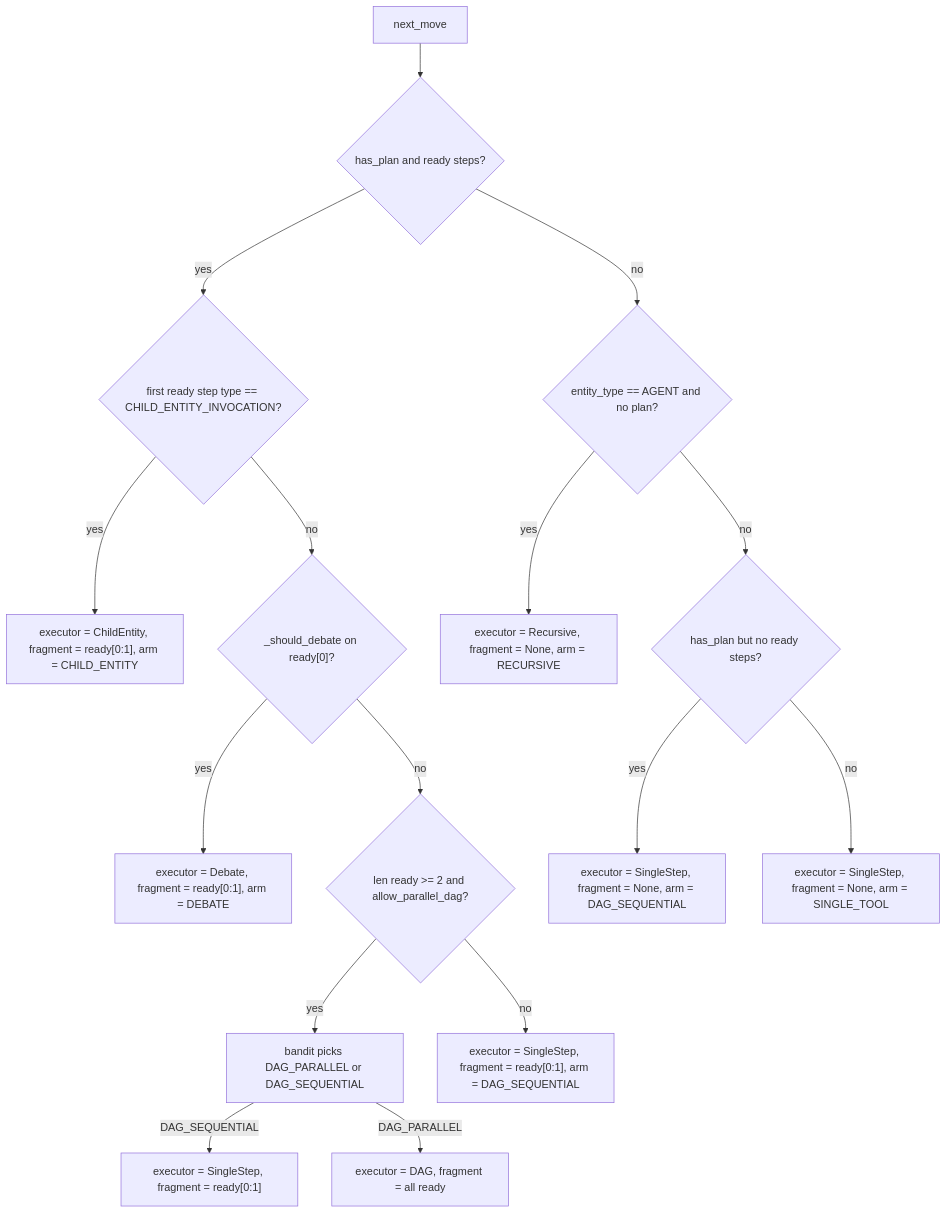
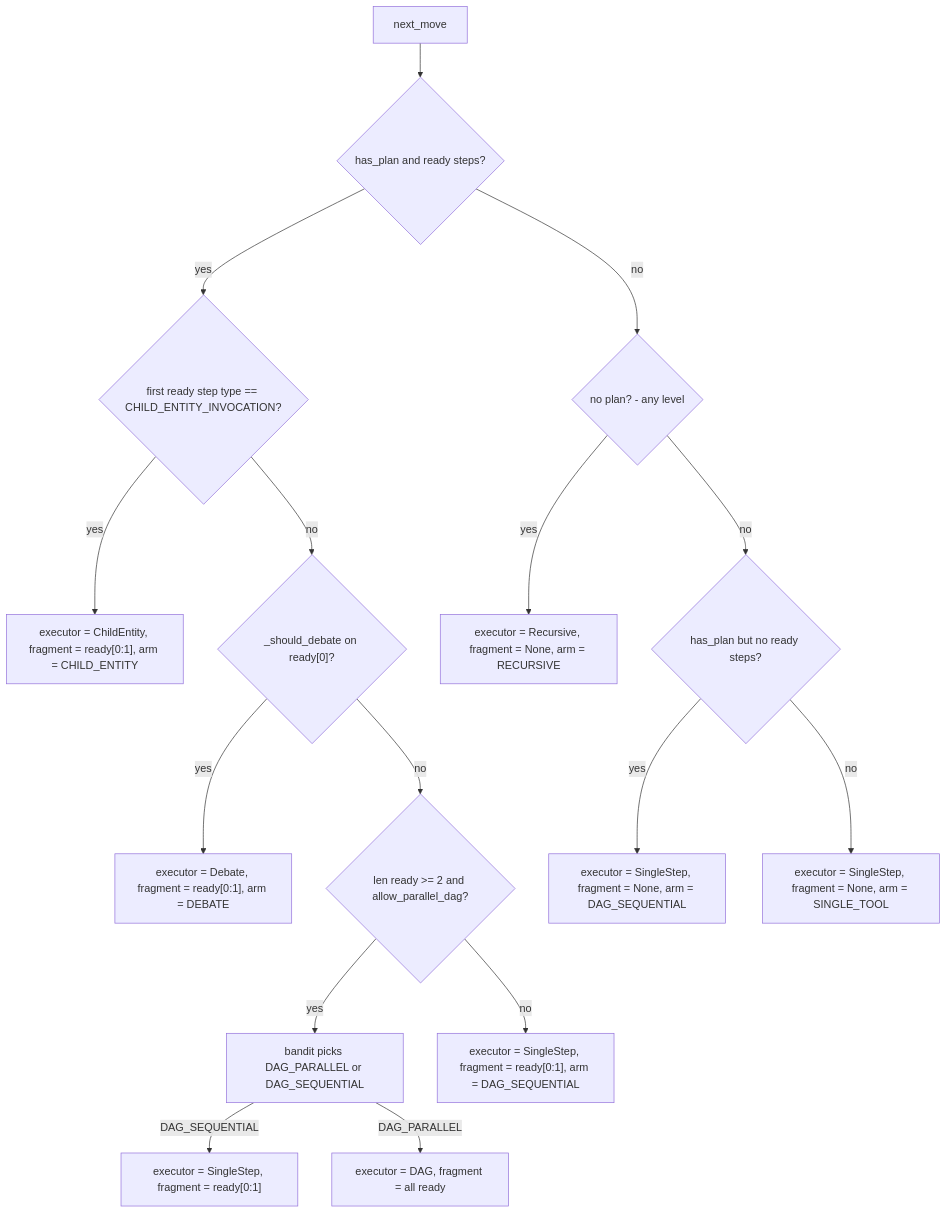
Before and after one commit to gondolerahul/hire-buddha-app: the tenth of 25 diagrams in docs/current/05-agent-kernel.md, drawn with Mermaid. The commit also changed other lines of this file and 15 other files, not shown here.

````diff
--- a/docs/current/05-agent-kernel.md
+++ b/docs/current/05-agent-kernel.md
@@ -867,18 +867,18 @@
 ```mermaid
 flowchart TD
     START["next_move"] --> A{"has_plan and ready steps?"}
     A -- yes --> A1{"first ready step type == CHILD_ENTITY_INVOCATION?"}
     A1 -- yes --> M1["executor = ChildEntity, fragment = ready[0:1], arm = CHILD_ENTITY"]
     A1 -- no --> A2{"_should_debate on ready[0]?"}
     A2 -- yes --> M2["executor = Debate, fragment = ready[0:1], arm = DEBATE"]
     A2 -- no --> A3{"len ready >= 2 and allow_parallel_dag?"}
     A3 -- yes --> BAN["bandit picks DAG_PARALLEL or DAG_SEQUENTIAL"]
     BAN -- DAG_SEQUENTIAL --> M3["executor = SingleStep, fragment = ready[0:1]"]
     BAN -- DAG_PARALLEL --> M4["executor = DAG, fragment = all ready"]
     A3 -- no --> M5["executor = SingleStep, fragment = ready[0:1], arm = DAG_SEQUENTIAL"]
-    A -- no --> B{"entity_type == AGENT and no plan?"}
+    A -- no --> B{"no plan? - any level"}
     B -- yes --> M6["executor = Recursive, fragment = None, arm = RECURSIVE"]
     B -- no --> C{"has_plan but no ready steps?"}
     C -- yes --> M7["executor = SingleStep, fragment = None, arm = DAG_SEQUENTIAL"]
     C -- no --> M8["executor = SingleStep, fragment = None, arm = SINGLE_TOOL"]
 ```
````
